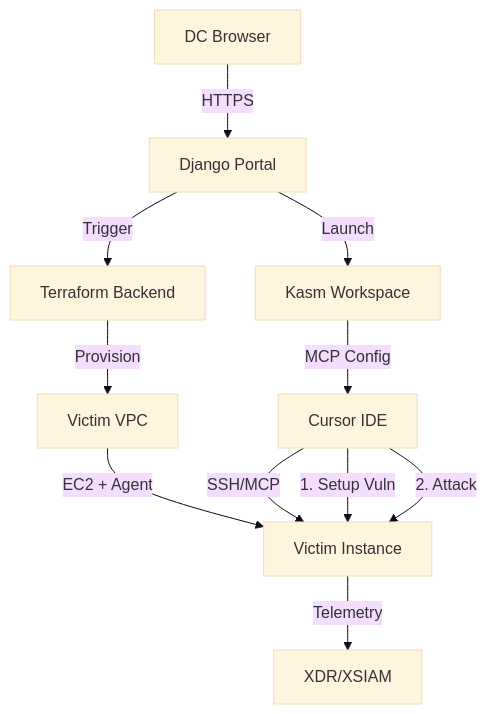
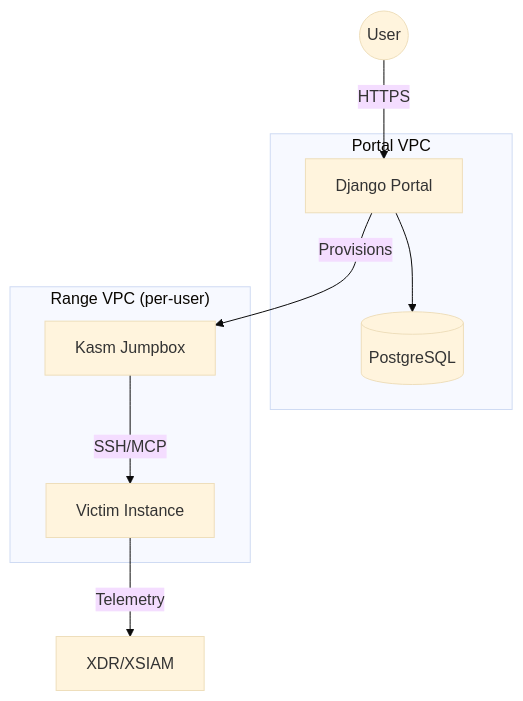
The first of 3 diagrams in docs/architecture.md (Brad-Edwards/shifter), drawn with Mermaid (base theme) before and after one commit. The commit also changed other lines of this file and 15 other files, not shown here.

First line of the commit message:
Portal VPC module

````diff
--- a/docs/architecture.md
+++ b/docs/architecture.md
@@ -27,13 +10,18 @@
 ```mermaid
-graph TD
-    A[DC Browser] -->|HTTPS| B[Django Portal]
-    B -->|Trigger| C[Terraform Backend]
-    C -->|Provision| D[Victim VPC]
-    D -->|EC2 + Agent| E[Victim Instance]
-    B -->|Launch| F[Kasm Workspace]
-    F -->|MCP Config| G[Cursor IDE]
-    G -->|SSH/MCP| E
-    G -->|1. Setup Vuln| E
-    G -->|2. Attack| E
-    E -->|Telemetry| H[XDR/XSIAM]
+graph TB
+    subgraph "Portal VPC"
+        Portal[Django Portal]
+        RDS[(PostgreSQL)]
+        Portal --> RDS
+    end
+
+    subgraph "Range VPC (per-user)"
+        Kasm[Kasm Jumpbox]
+        Victim[Victim Instance]
+        Kasm -->|SSH/MCP| Victim
+    end
+
+    User((User)) -->|HTTPS| Portal
+    Portal -->|Provisions| Kasm
+    Victim -->|Telemetry| XDR[XDR/XSIAM]
 ```
````
